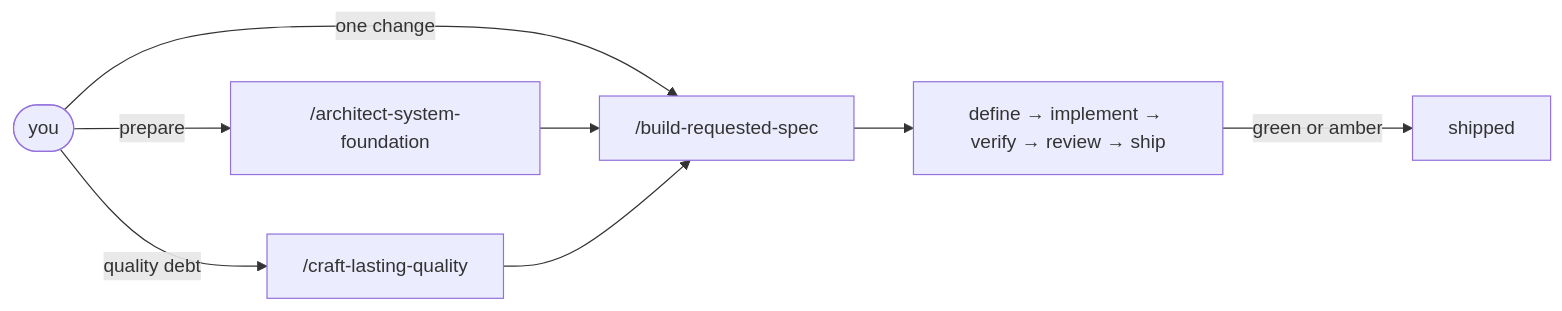
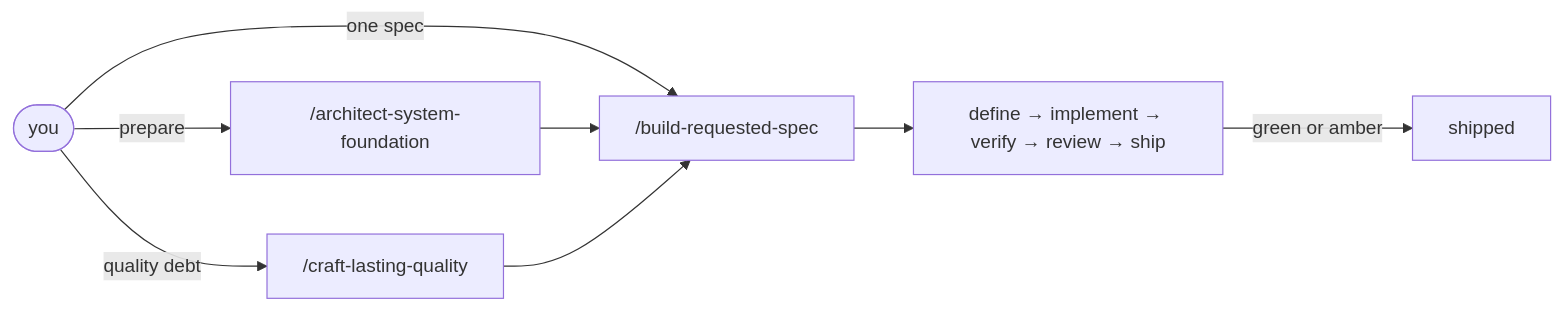
One commit to AlbertoBasalo/aiddbot-com changed the diagram in src/content/docs/workflow.md. Above: the diagram before and after it, drawn with Mermaid. The commit also changed other lines of this file and 16 other files, not shown here.

````diff
--- a/src/content/docs/workflow.md
+++ b/src/content/docs/workflow.md
@@ -42,10 +40,10 @@
 ```mermaid
 flowchart LR
   YOU([you]) -->|prepare| FOUND["/architect-system-foundation"]
-  YOU -->|one change| DELIVER["/build-requested-spec"]
+  YOU -->|one spec| DELIVER["/build-requested-spec"]
   YOU -->|quality debt| QUALITY["/craft-lasting-quality"]
   FOUND --> DELIVER
   QUALITY --> DELIVER
   DELIVER --> LOOP["define → implement → verify → review → ship"]
   LOOP -->|green or amber| SHIPPED[shipped]
 ```
````
